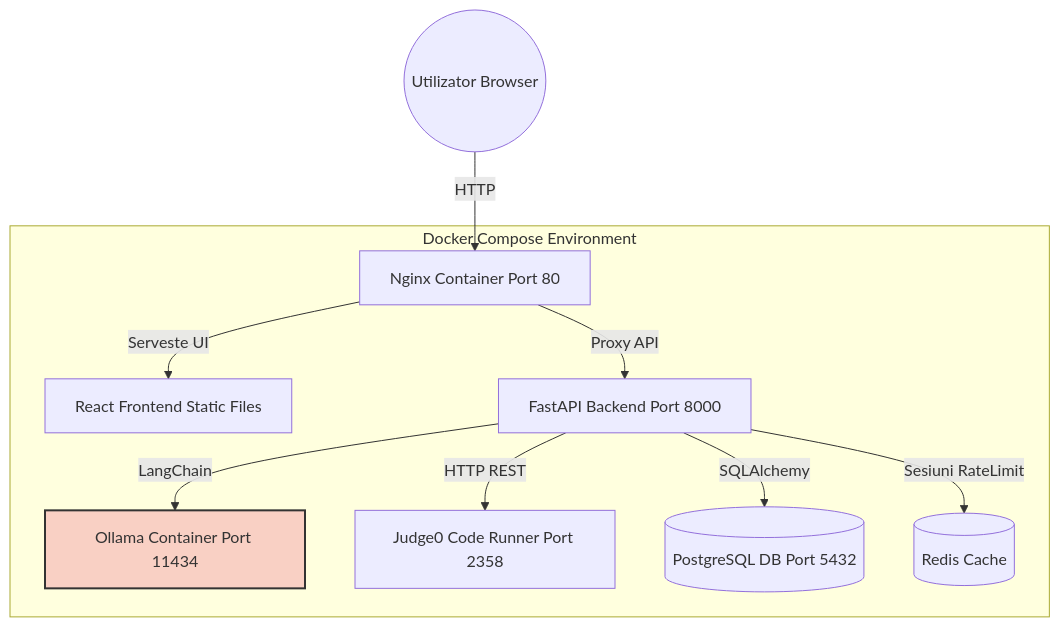
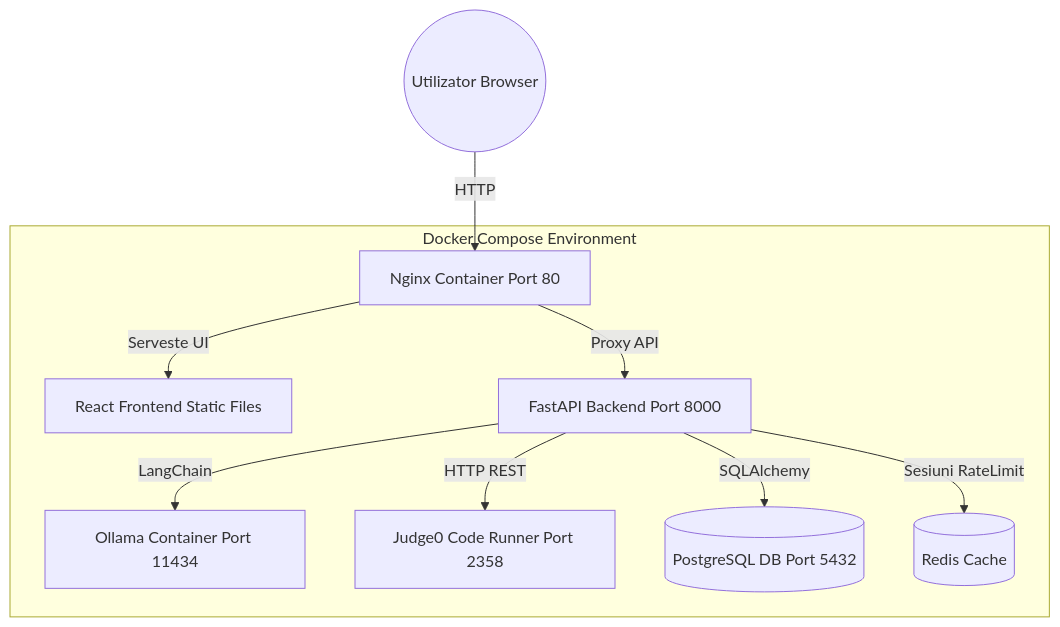
One commit to SweetCitrusFlower/Larry changed the second of 3 diagrams in README.md. Above: the diagram before and after it, drawn with Mermaid.

Commit message:
Remove AI class definition from README
Removed AI class definition from the README.

````diff
--- a/README.md
+++ b/README.md
@@ -41,26 +41,23 @@
 ```mermaid
 graph TD
     User((Utilizator Browser))
     
     subgraph Docker Compose Environment
         Nginx[Nginx Container Port 80]
         React[React Frontend Static Files]
         FastAPI[FastAPI Backend Port 8000]
         Ollama[Ollama Container Port 11434]
         Judge0[Judge0 Code Runner Port 2358]
         Postgres[(PostgreSQL DB Port 5432)]
         Redis[(Redis Cache)]
     end
 
     User -- HTTP --> Nginx
     Nginx -- Serveste UI --> React
     Nginx -- Proxy API --> FastAPI
     
     FastAPI -- LangChain --> Ollama
     FastAPI -- HTTP REST --> Judge0
     FastAPI -- SQLAlchemy --> Postgres
     FastAPI -- Sesiuni RateLimit --> Redis
-    
-    classDef ai fill:#f9d0c4,stroke:#333,stroke-width:2px;
-    class Ollama ai;
 ```
````
